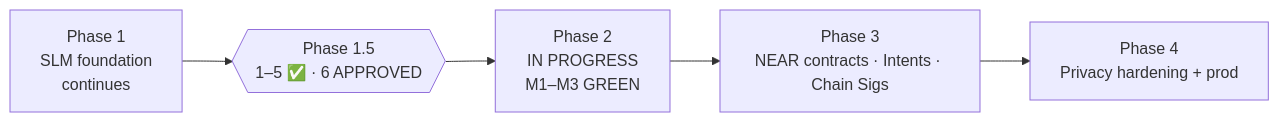
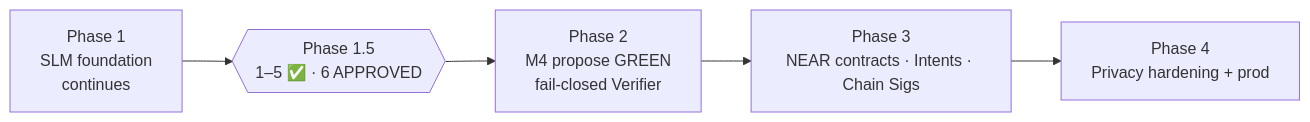
One commit to 9lordisgod/salomon changed the diagram in ROADMAP.md. Above: the diagram before and after it, drawn with Mermaid. The commit also changed other lines of this file and 3 other files, not shown here.

Commit message:
phase2(m4): G2 GREEN docs + testnet .env.example (batch 5)

````diff
--- a/ROADMAP.md
+++ b/ROADMAP.md
@@ -4,7 +4,7 @@
 ```mermaid
 flowchart LR
   P1[Phase 1<br/>SLM foundation<br/>continues] --> G{{Phase 1.5<br/>1–5 ✅ · 6 APPROVED}}
-  G --> P2[Phase 2<br/>IN PROGRESS<br/>M1–M3 GREEN]
+  G --> P2[Phase 2<br/>M4 propose GREEN<br/>fail-closed Verifier]
   P2 --> P3[Phase 3<br/>NEAR contracts · Intents · Chain Sigs]
   P3 --> P4[Phase 4<br/>Privacy hardening + prod]
 ```
````
